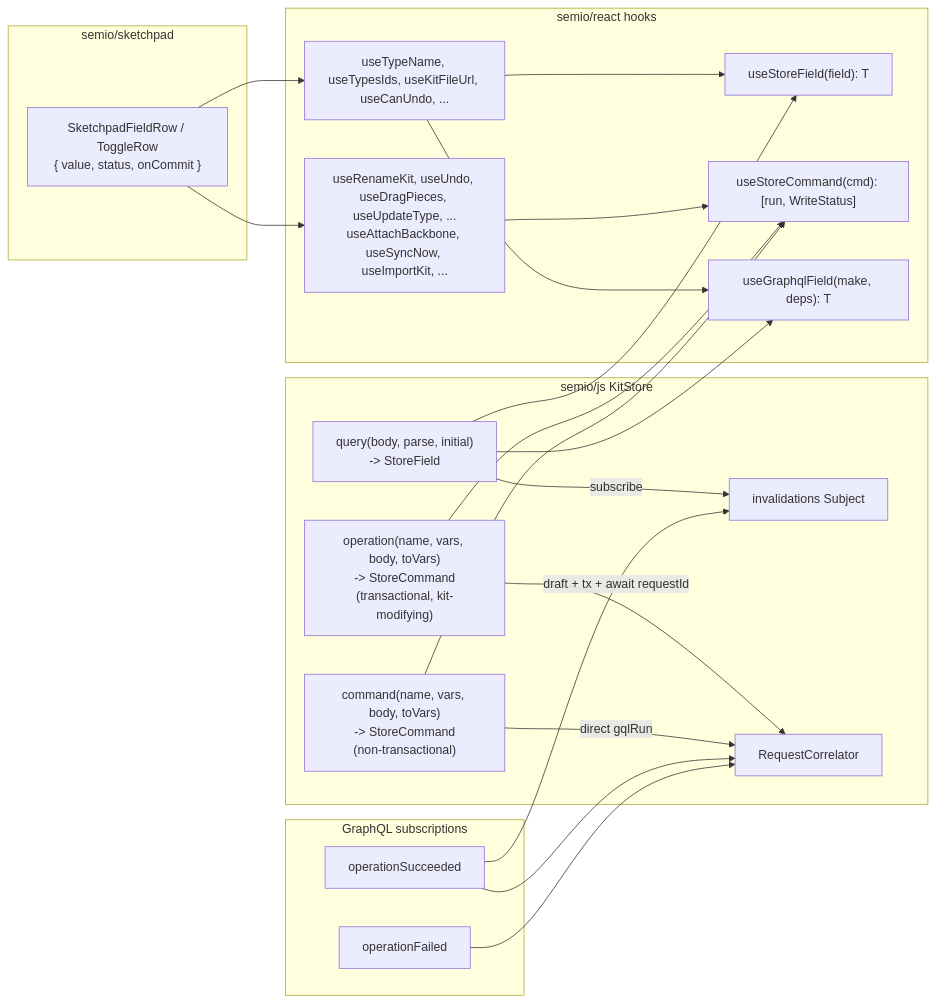
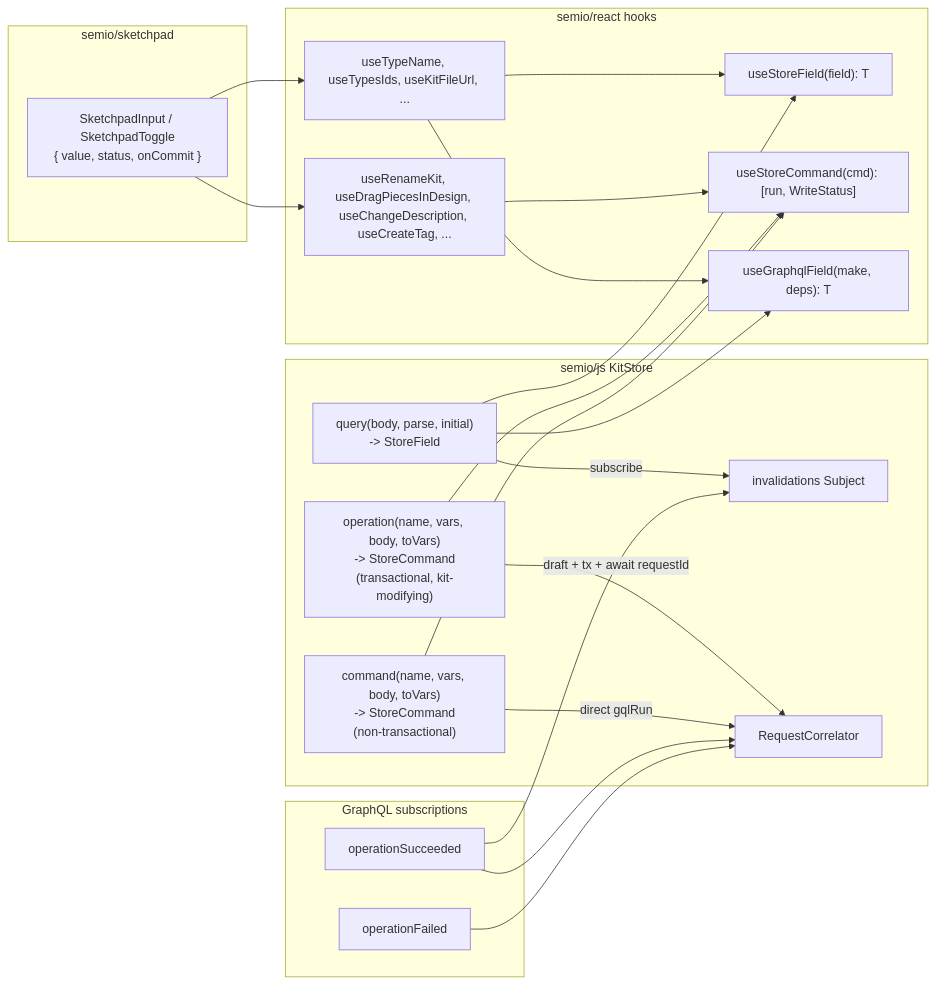
One commit to usalu/semio changed the diagram in .cursor/plans/strict-read-write-hooks_b877f378.plan.md. Above: the diagram before and after it, drawn with Mermaid. The commit also changed other lines of this file and 1 other file, not shown here.

````diff
--- a/.cursor/plans/strict-read-write-hooks_b877f378.plan.md
+++ b/.cursor/plans/strict-read-write-hooks_b877f378.plan.md
@@ -35,37 +37,37 @@
 ```mermaid
 graph LR
   subgraph SemioJs["semio/js KitStore"]
     Q["query<T>(body, parse, initial)<br/>-> StoreField<T>"]
     OP["operation<TArgs>(name, vars, body, toVars)<br/>-> StoreCommand<TArgs><br/>(transactional, kit-modifying)"]
     CMD["command<TArgs>(name, vars, body, toVars)<br/>-> StoreCommand<TArgs><br/>(non-transactional)"]
     INVS["invalidations Subject<void>"]
     CORR["RequestCorrelator"]
     Q -- subscribe --> INVS
     OP -- draft + tx + await requestId --> CORR
     CMD -- direct gqlRun --> CORR
   end
   subgraph Sub["GraphQL subscriptions"]
     OS["operationSucceeded"] --> CORR
     OS --> INVS
     OF["operationFailed"] --> CORR
   end
   subgraph SemioReact["semio/react hooks"]
     USF["useStoreField(field): T"]
     USC["useStoreCommand(cmd): [run, WriteStatus]"]
     UGF["useGraphqlField(make, deps): T"]
-    R["useTypeName, useTypesIds, useKitFileUrl, useCanUndo, ..."]
-    W["useRenameKit, useUndo, useDragPieces, useUpdateType, ...<br/>useAttachBackbone, useSyncNow, useImportKit, ..."]
+    R["useTypeName, useTypesIds, useKitFileUrl, ..."]
+    W["useRenameKit, useDragPiecesInDesign, useChangeDescription, useCreateTag, ..."]
     R --> USF
     R --> UGF
     W --> USC
   end
   Q --> USF
   Q --> UGF
   OP --> USC
   CMD --> USC
   subgraph Sketchpad["semio/sketchpad"]
-    Row["SketchpadFieldRow / ToggleRow<br/>{ value, status, onCommit }"]
-    Row --> R
-    Row --> W
+    Bind["SketchpadInput / SketchpadToggle<br/>{ value, status, onCommit }"]
+    Bind --> R
+    Bind --> W
   end
 ```
````
